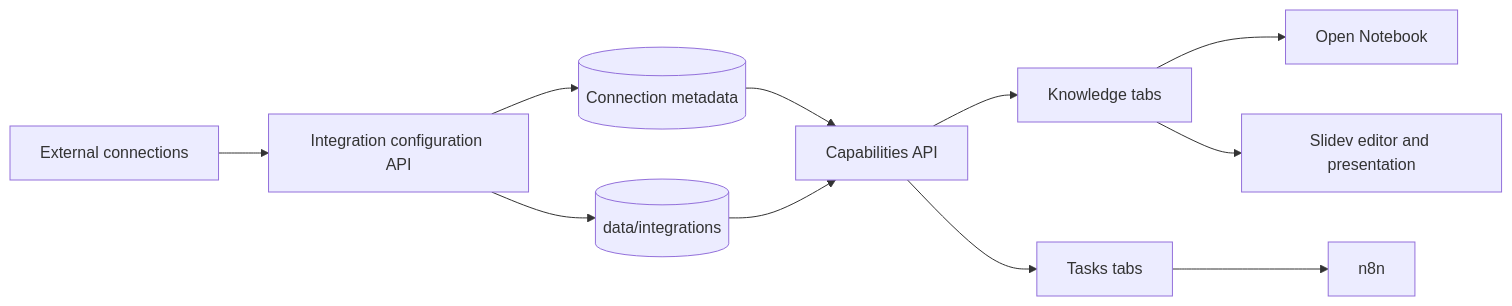
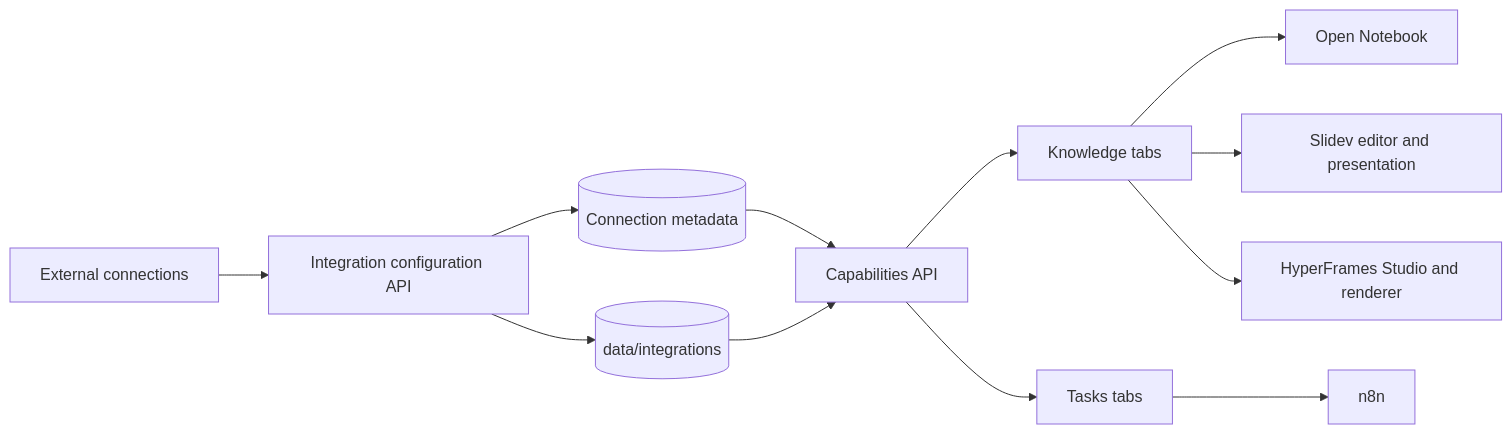
One commit to com2u/OrganAizer3 changed the first of 3 diagrams in architecture.md. Above: the diagram before and after it, drawn with Mermaid. The commit also changed other lines of this file and 27 other files, not shown here.

Commit message:
feat: integrate secure HyperFrames workspace

````diff
--- a/architecture.md
+++ b/architecture.md
@@ -5,13 +5,14 @@
 ```mermaid
 flowchart LR
   EV[External connections] --> CFG[Integration configuration API]
   CFG --> LOCAL[(data/integrations)]
   CFG --> META[(Connection metadata)]
   META --> CAP[Capabilities API]
   LOCAL --> CAP
   CAP --> W[Knowledge tabs]
   CAP --> T[Tasks tabs]
   W --> ON[Open Notebook]
   W --> SL[Slidev editor and presentation]
+  W --> HF[HyperFrames Studio and renderer]
   T --> N[n8n]
 ```
````
